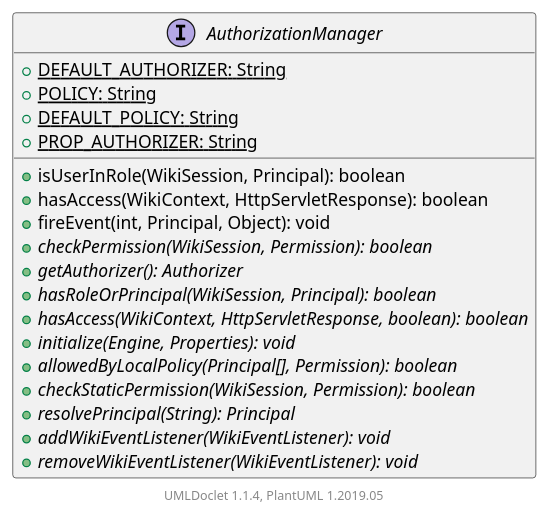
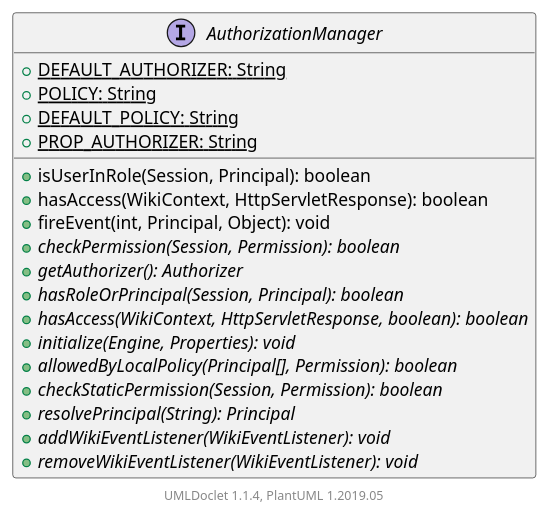
The diagram in apidocs/2.11.0.M7-SNAPSHOT/org/apache/wiki/auth/AuthorizationManager.puml (apache/jspwiki-site), drawn with PlantUML before and after one commit. The commit also changed 1379 other files, not shown here.

```diff
--- a/apidocs/2.11.0.M7-SNAPSHOT/org/apache/wiki/auth/AuthorizationManager.puml
+++ b/apidocs/2.11.0.M7-SNAPSHOT/org/apache/wiki/auth/AuthorizationManager.puml
@@ -1,25 +1,25 @@
 @startuml
 
     interface AuthorizationManager [[AuthorizationManager.html]] {
         {static} +DEFAULT_AUTHORIZER: String
         {static} +POLICY: String
         {static} +DEFAULT_POLICY: String
         {static} +PROP_AUTHORIZER: String
-        +isUserInRole(WikiSession, Principal): boolean
+        +isUserInRole(Session, Principal): boolean
         +hasAccess(WikiContext, HttpServletResponse): boolean
         +fireEvent(int, Principal, Object): void
-        {abstract} +checkPermission(WikiSession, Permission): boolean
+        {abstract} +checkPermission(Session, Permission): boolean
         {abstract} +getAuthorizer(): Authorizer
-        {abstract} +hasRoleOrPrincipal(WikiSession, Principal): boolean
+        {abstract} +hasRoleOrPrincipal(Session, Principal): boolean
         {abstract} +hasAccess(WikiContext, HttpServletResponse, boolean): boolean
         {abstract} +initialize(Engine, Properties): void
         {abstract} +allowedByLocalPolicy(Principal[], Permission): boolean
-        {abstract} +checkStaticPermission(WikiSession, Permission): boolean
+        {abstract} +checkStaticPermission(Session, Permission): boolean
         {abstract} +resolvePrincipal(String): Principal
         {abstract} +addWikiEventListener(WikiEventListener): void
         {abstract} +removeWikiEventListener(WikiEventListener): void
     }
 
 
     center footer UMLDoclet 1.1.4, PlantUML 1.2019.05
 @enduml
```
